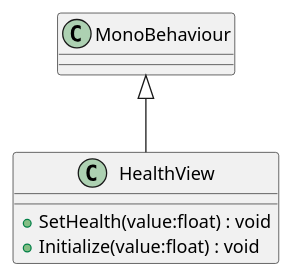
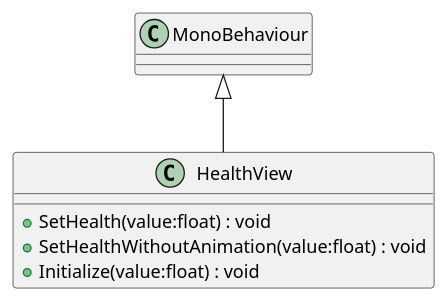
Before and after one commit to asterisk-cn/RougueShooter: the diagram in plantuml/auto/Player/HealthView.puml, drawn with PlantUML. The commit also changed 44 other files, not shown here.

Commit message:
change: update uml

```diff
--- a/plantuml/auto/Player/HealthView.puml
+++ b/plantuml/auto/Player/HealthView.puml
@@ -1,7 +1,8 @@
 @startuml
 class HealthView {
     + SetHealth(value:float) : void
+    + SetHealthWithoutAnimation(value:float) : void
     + Initialize(value:float) : void
 }
 MonoBehaviour <|-- HealthView
 @enduml
```
